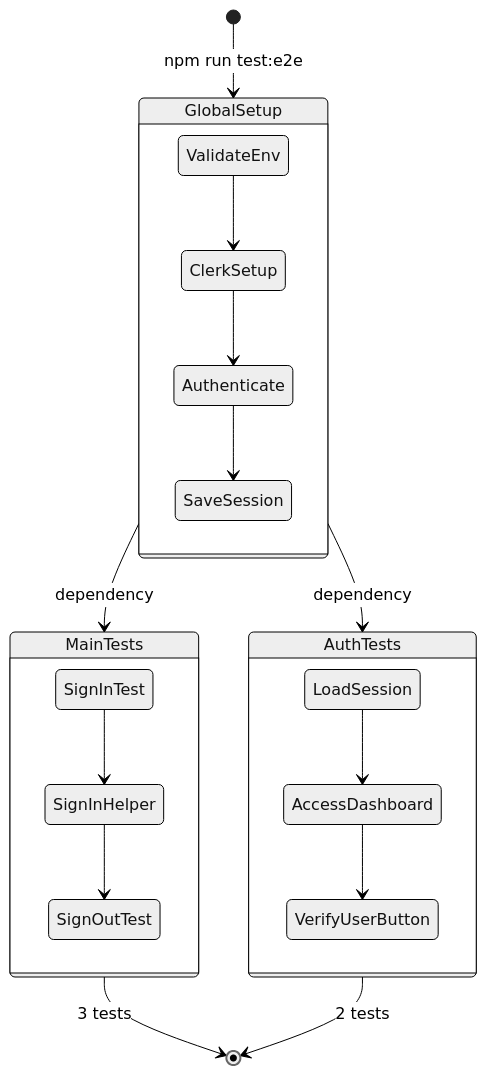
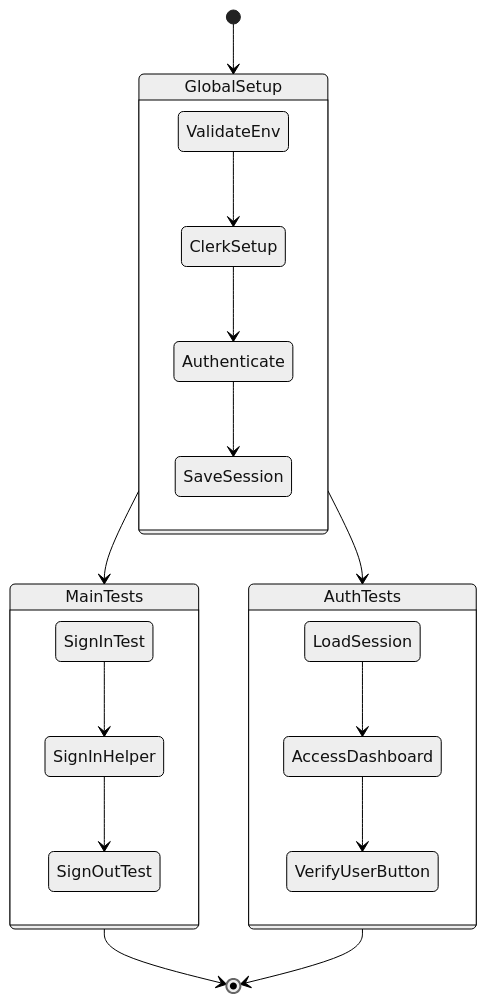
Before and after one commit to kindcreator/awesome-remote-teams-expectations: the second of 3 diagrams in docs/testing/architecture.md, drawn with Mermaid (neutral theme). The commit also changed other lines of this file and 1 other file, not shown here.

First line of the commit message:
Remove real-auth-setup.md and update E2E test structure.

````diff
--- a/docs/testing/architecture.md
+++ b/docs/testing/architecture.md
@@ -52,26 +52,26 @@
 ```mermaid
 stateDiagram-v2
-    [*] --> GlobalSetup: npm run test:e2e
+    [*] --> GlobalSetup
     
     state GlobalSetup {
         ValidateEnv --> ClerkSetup
         ClerkSetup --> Authenticate
         Authenticate --> SaveSession
     }
     
-    GlobalSetup --> MainTests: dependency
-    GlobalSetup --> AuthTests: dependency
+    GlobalSetup --> MainTests
+    GlobalSetup --> AuthTests
     
     state MainTests {
         SignInTest --> SignInHelper
         SignInHelper --> SignOutTest
     }
     
     state AuthTests {
         LoadSession --> AccessDashboard
         AccessDashboard --> VerifyUserButton
     }
     
-    MainTests --> [*]: 3 tests
-    AuthTests --> [*]: 2 tests
+    MainTests --> [*]
+    AuthTests --> [*]
 ```
````
